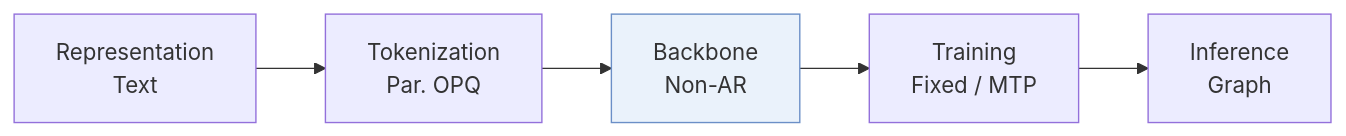
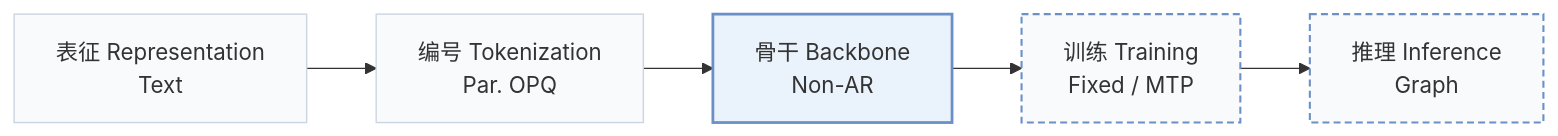
One commit to Galaxy-ghost/Awesome-SID-Generative-Rec changed the first of 4 diagrams in pages/zh/papers/rpg.md. Above: the diagram before and after it, drawn with Mermaid. The commit also changed other lines of this file and 649 other files, not shown here.

Commit message:
writer-05: also tags and modality index (schema, check, build, visuals); summary field removed; calibration data for 12 papers

````diff
--- a/pages/zh/papers/rpg.md
+++ b/pages/zh/papers/rpg.md
@@ -13,6 +15,10 @@
 ```mermaid
 flowchart LR
-    R["Representation<br/>Text"] --> T["Tokenization<br/>Par. OPQ"] --> B["Backbone<br/>Non-AR"] --> TR["Training<br/>Fixed / MTP"] --> I["Inference<br/>Graph"]
-    classDef main fill:#eaf2fb,stroke:#6b8fc7
+    R["表征 Representation<br/>Text"] --> T["编号 Tokenization<br/>Par. OPQ"] --> B["骨干 Backbone<br/>Non-AR"] --> TR["训练 Training<br/>Fixed / MTP"] --> I["推理 Inference<br/>Graph"]
+    classDef base fill:#f8fafc,stroke:#cbd5e1
+    class R,T,B,TR,I base
+    classDef also fill:#f8fafc,stroke:#6b8fc7,stroke-width:1.5px,stroke-dasharray:5 3
+    class TR,I also
+    classDef main fill:#eaf2fb,stroke:#6b8fc7,stroke-width:2px
     class B main
 ```
````
